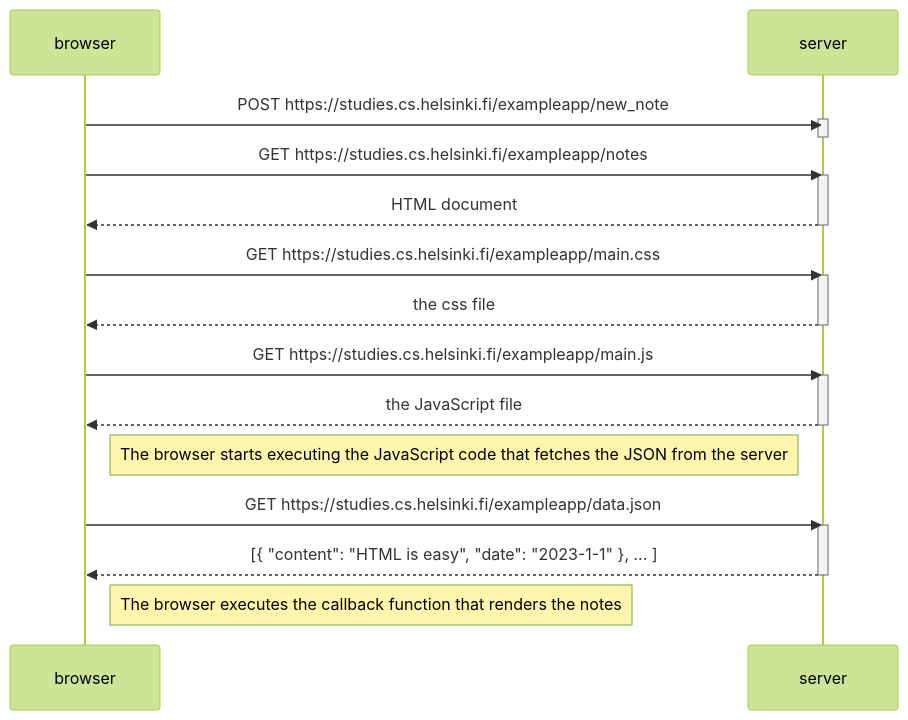
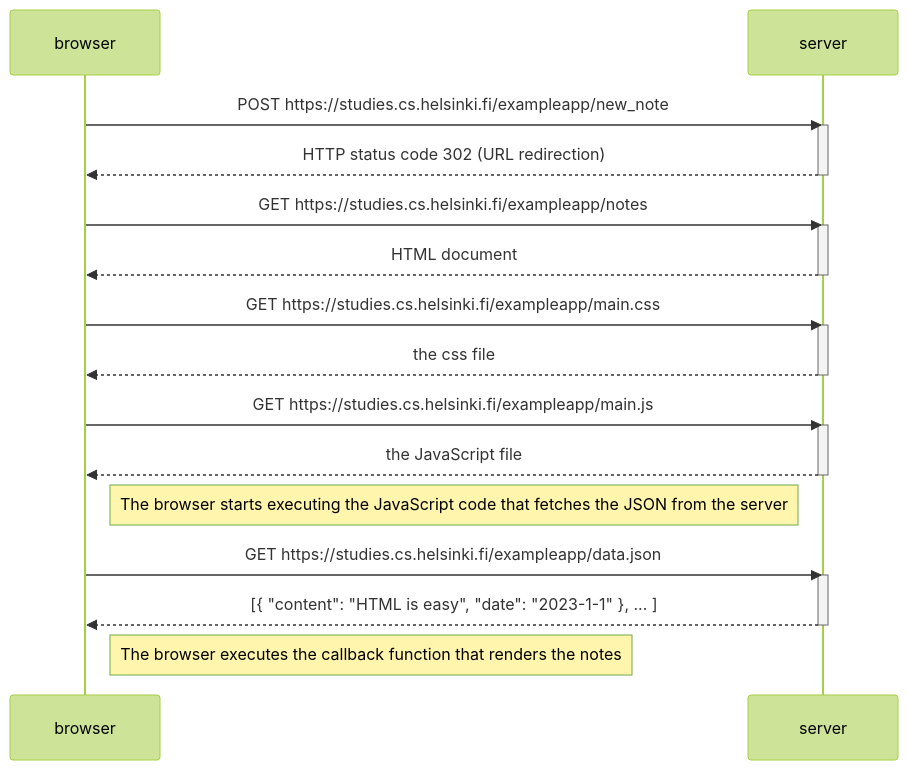
The diagram in part0/new_note_diagram.md (taile239/fullstack_open), drawn with Mermaid (forest theme) before and after one commit.

````diff
--- a/part0/new_note_diagram.md
+++ b/part0/new_note_diagram.md
@@ -1,33 +1,34 @@
 ```mermaid
 sequenceDiagram
     participant browser
     participant server
     
     browser->>server: POST https://studies.cs.helsinki.fi/exampleapp/new_note
     activate server
+    server-->>browser: HTTP status code 302 (URL redirection)
     deactivate server
     
     browser->>server: GET https://studies.cs.helsinki.fi/exampleapp/notes
     activate server
     server-->>browser: HTML document
     deactivate server
     
     browser->>server: GET https://studies.cs.helsinki.fi/exampleapp/main.css
     activate server
     server-->>browser: the css file
     deactivate server
     
     browser->>server: GET https://studies.cs.helsinki.fi/exampleapp/main.js
     activate server
     server-->>browser: the JavaScript file
     deactivate server
     
     Note right of browser: The browser starts executing the JavaScript code that fetches the JSON from the server
     
     browser->>server: GET https://studies.cs.helsinki.fi/exampleapp/data.json
     activate server
     server-->>browser: [{ "content": "HTML is easy", "date": "2023-1-1" }, ... ]
     deactivate server    
 
     Note right of browser: The browser executes the callback function that renders the notes 
 ```
````
